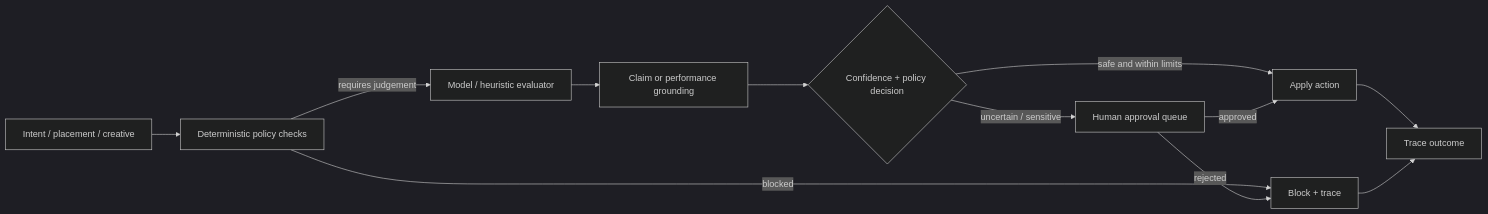
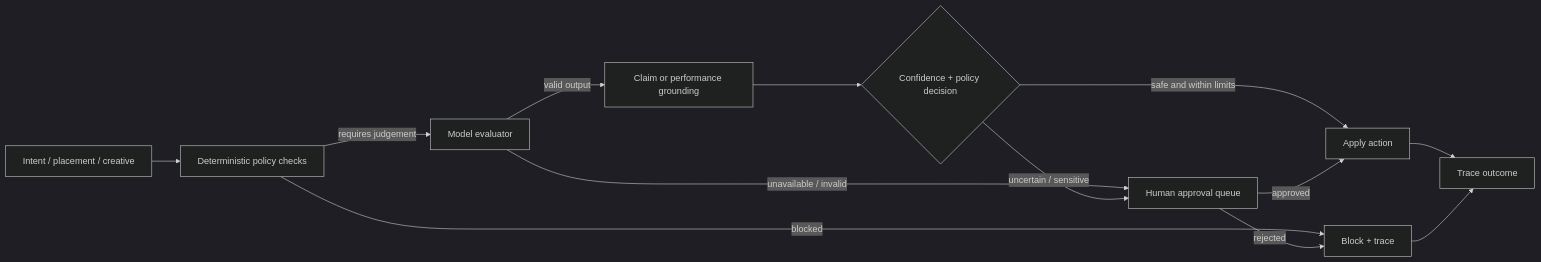
The diagram in README.md (Ultraviolet-Chikorita/adhack), drawn with Mermaid (dark theme) before and after one commit. The commit also changed other lines of this file, not shown here.

````diff
--- a/README.md
+++ b/README.md
@@ -39,14 +40,15 @@
 ```mermaid
 flowchart LR
     I[Intent / placement / creative] --> P[Deterministic policy checks]
     P -->|blocked| X[Block + trace]
-    P -->|requires judgement| J[Model / heuristic evaluator]
-    J --> G[Claim or performance grounding]
+    P -->|requires judgement| J[Model evaluator]
+    J -->|unavailable / invalid| H[Human approval queue]
+    J -->|valid output| G[Claim or performance grounding]
     G --> C{Confidence + policy decision}
     C -->|safe and within limits| A[Apply action]
-    C -->|uncertain / sensitive| H[Human approval queue]
+    C -->|uncertain / sensitive| H
     H -->|approved| A
     H -->|rejected| X
     A --> T[Trace outcome]
     X --> T
 ```
````
